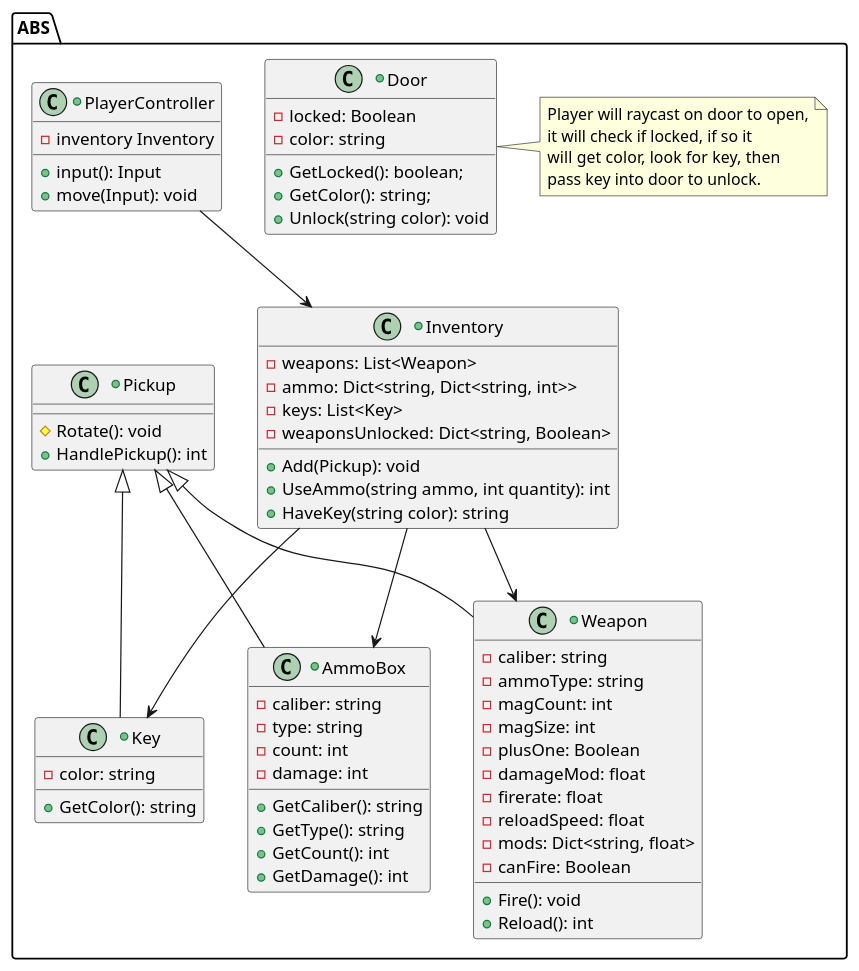
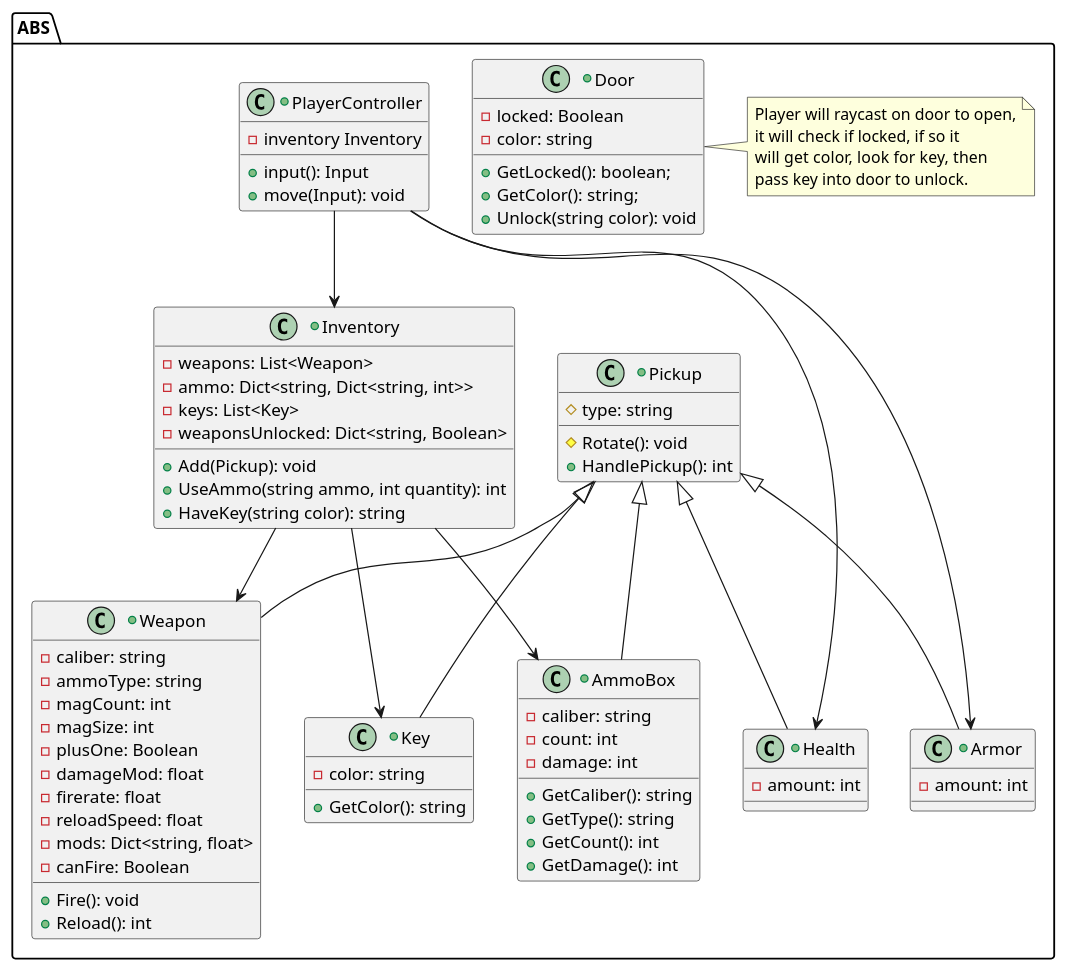
Before and after one commit to bledoux2002/Another_Boomer_Shooter: the diagram in Assets/design.puml, drawn with PlantUML. The commit also changed 12 other files, not shown here.

First line of the commit message:
made design uml document, added some pickup scripts for different future objects,

```diff
--- a/Assets/design.puml
+++ b/Assets/design.puml
@@ -1,89 +1,101 @@
 @startuml
 
 package ABS {
 
     +class PlayerController {
         -inventory Inventory
         +input(): Input
         +move(Input): void
     }
 
     +class Inventory {
         -weapons: List<Weapon>
         -ammo: Dict<string, Dict<string, int>>
         -keys: List<Key>
         -weaponsUnlocked: Dict<string, Boolean>
         
         +Add(Pickup): void
         +UseAmmo(string ammo, int quantity): int
         +HaveKey(string color): string
     }
     
     +class Pickup {
+        #type: string
         #Rotate(): void
         +HandlePickup(): int
     }
     
     +class AmmoBox {
         -caliber: string
-        -type: string
         -count: int
         -damage: int
         
         +GetCaliber(): string
         +GetType(): string
         +GetCount(): int
         +GetDamage(): int
     }
     
     +class Weapon {
         -caliber: string
         -ammoType: string
         -magCount: int
         -magSize: int
         -plusOne: Boolean
         -damageMod: float
         -firerate: float
         -reloadSpeed: float
         -mods: Dict<string, float>
         -canFire: Boolean
         
         +Fire(): void
         +Reload(): int        
     }
     
+    +class Health {
+        -amount: int
+    }
+    
+    +class Armor {
+        -amount: int
+    }
+    
     +class Key {
         -color: string
         
         +GetColor(): string
     }
     
     +class Door  {
         -locked: Boolean
         -color: string
         
         +GetLocked(): boolean;
         +GetColor(): string;
         +Unlock(string color): void
     }
     note right of Door
         Player will raycast on door to open,
         it will check if locked, if so it
         will get color, look for key, then
         pass key into door to unlock.
     end note
     
     PlayerController --> Inventory
+    PlayerController --> Health
+    PlayerController --> Armor
     
     Inventory --> AmmoBox
     Inventory --> Weapon
     Inventory --> Key
     
     Pickup <|-- AmmoBox
     Pickup <|-- Weapon
+    Pickup <|-- Health
+    Pickup <|-- Armor
     Pickup <|-- Key
 
 
 }
 
 @enduml
```
